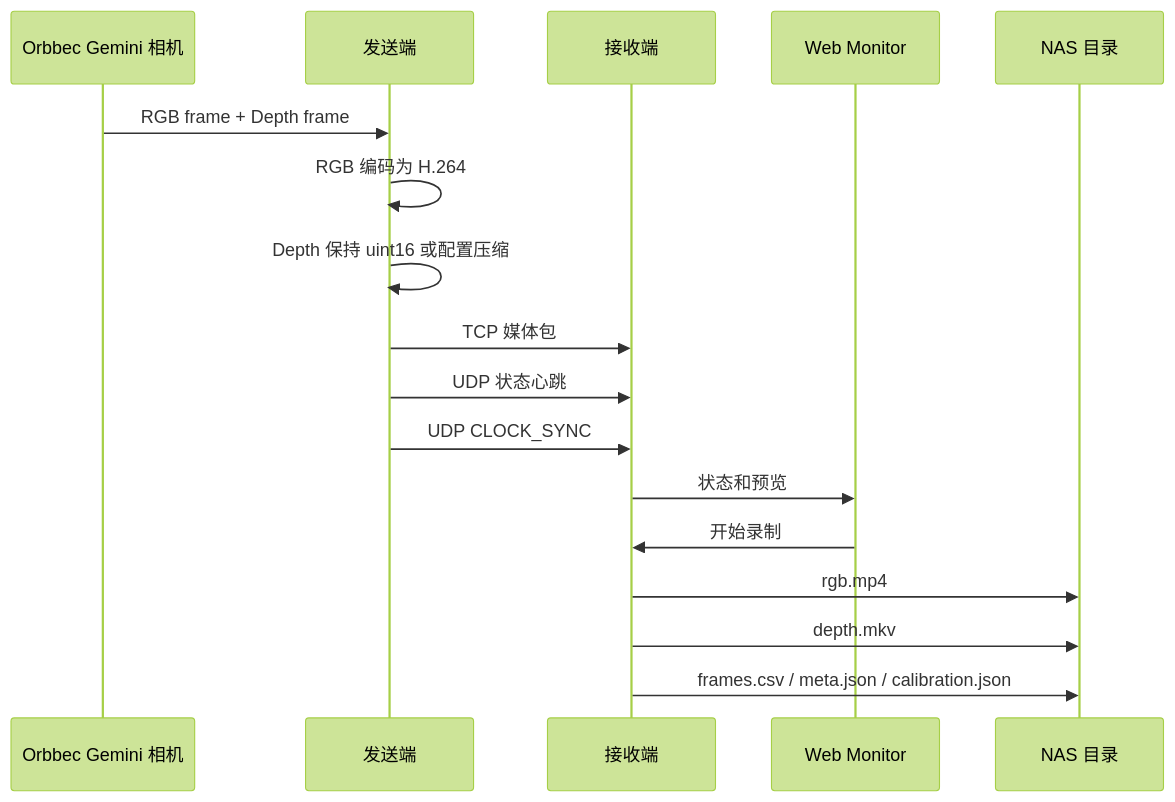
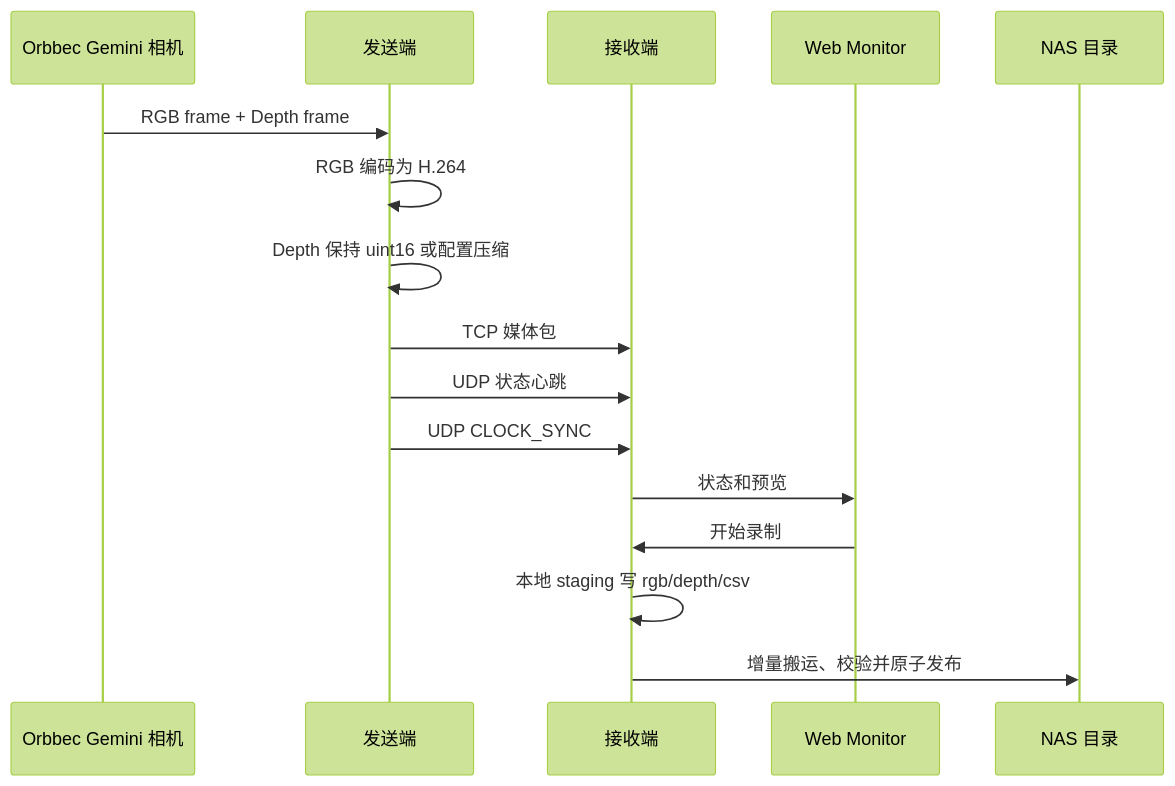
The diagram in 04_docs/data-pipeline.md (RealityLoopAI/wireless_video_delivery), drawn with Mermaid (forest theme) before and after one commit. The commit also changed other lines of this file and 49 other files, not shown here.

````diff
--- a/04_docs/data-pipeline.md
+++ b/04_docs/data-pipeline.md
@@ -9,20 +9,19 @@
 ```mermaid
 sequenceDiagram
   participant C as Orbbec Gemini 相机
   participant S as 发送端
   participant R as 接收端
   participant W as Web Monitor
   participant N as NAS 目录
 
   C->>S: RGB frame + Depth frame
   S->>S: RGB 编码为 H.264
   S->>S: Depth 保持 uint16 或配置压缩
   S->>R: TCP 媒体包
   S->>R: UDP 状态心跳
   S->>R: UDP CLOCK_SYNC
   R->>W: 状态和预览
   W->>R: 开始录制
-  R->>N: rgb.mp4
-  R->>N: depth.mkv
-  R->>N: frames.csv / meta.json / calibration.json
+  R->>R: 本地 staging 写 rgb/depth/csv
+  R->>N: 增量搬运、校验并原子发布
 ```
````
